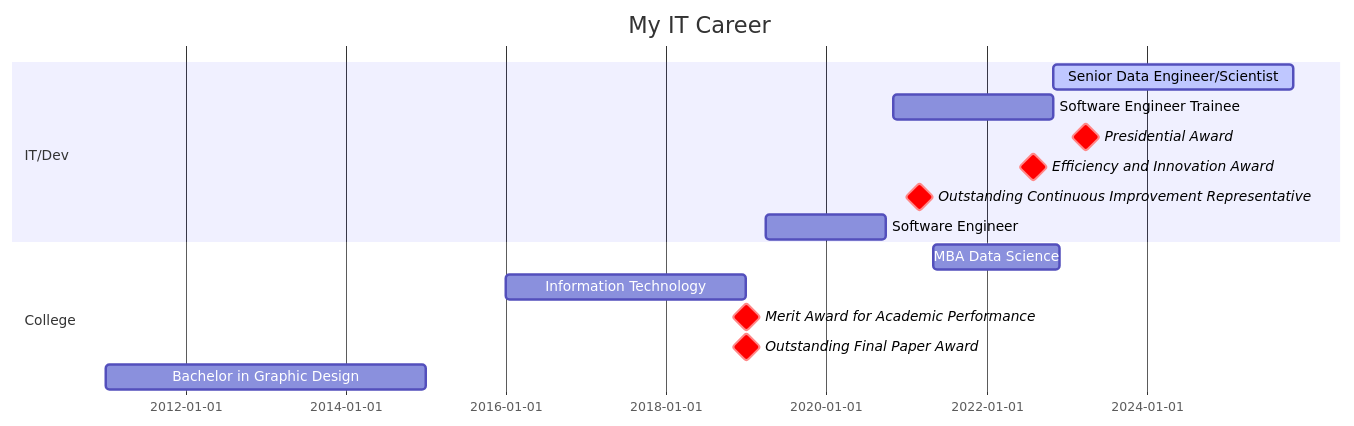
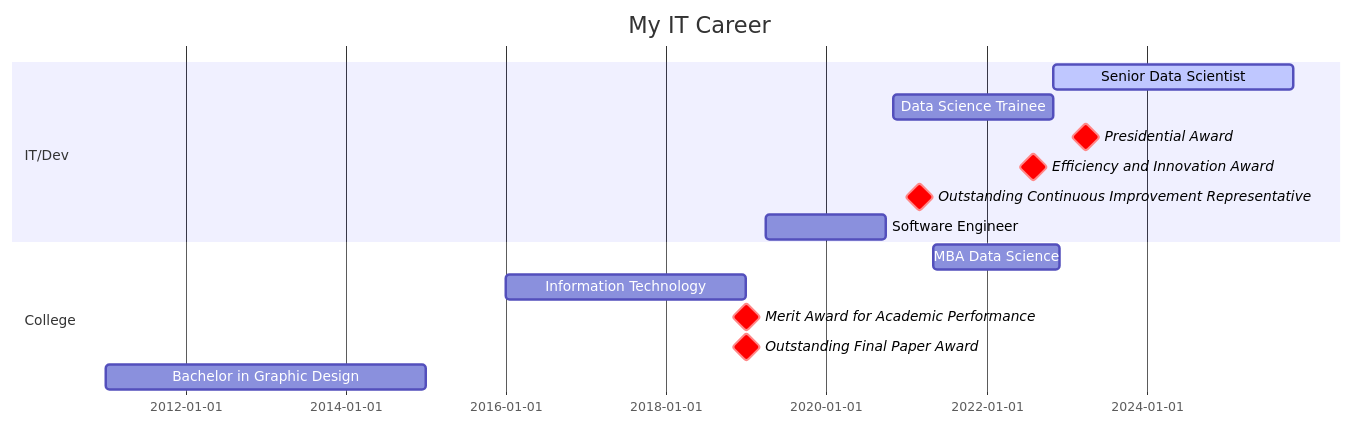
Before and after one commit to josehenriqueroveda/josehenriqueroveda: the diagram in README.md, drawn with Mermaid. The commit also changed other lines of this file, not shown here.

````diff
--- a/README.md
+++ b/README.md
@@ -47,20 +45,20 @@
 ```mermaid
 gantt
        dateFormat  MM-YYYY
        title My IT Career
 
        section IT/Dev
-       Senior Data Engineer/Scientist   :active,  des1, after des2, 3y
-       Software Engineer Trainee    :  des2, 11-2020, 11-2022
+       Senior Data Scientist   :active,  des1, after des2, 3y
+       Data Science Trainee    :  des2, 11-2020, 11-2022
        Presidential Award   :milestone, crit, 04-2023, 1d
        Efficiency and Innovation Award   :milestone, crit, 08-2022, 1d
        Outstanding Continuous Improvement Representative   :milestone, crit, 03-2021, 1d
        Software Engineer    :  des3, 04-2019, 10-2020
 
        section College
        MBA Data Science   : des5, 05-2021, 12-2022
        Information Technology : des6, 01-2016, 01-2019
        Merit Award for Academic Performance   :milestone, crit, 01-2019, 1d
        Outstanding Final Paper Award   :milestone, crit, 01-2019, 1d
        Bachelor in Graphic Design : des7, 01-2011, 01-2015
 ```
````
